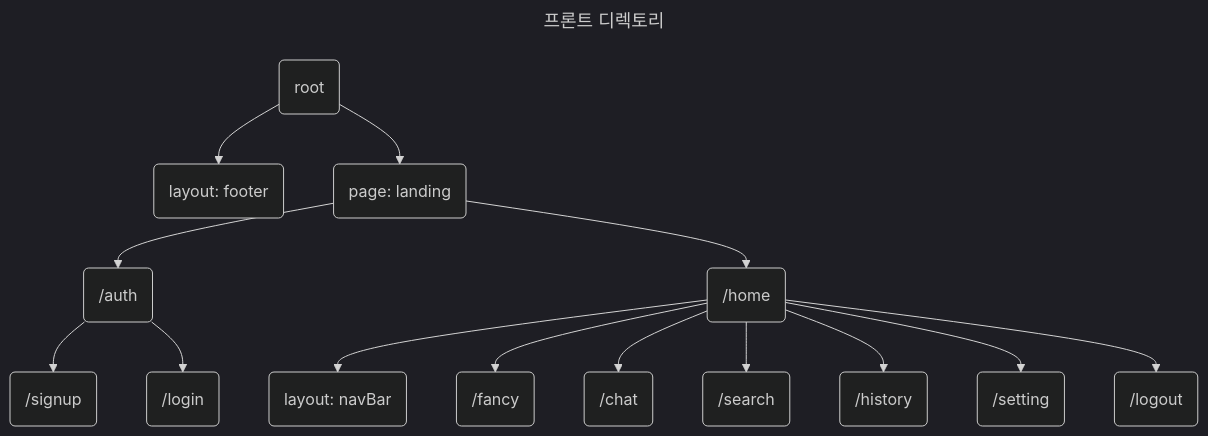
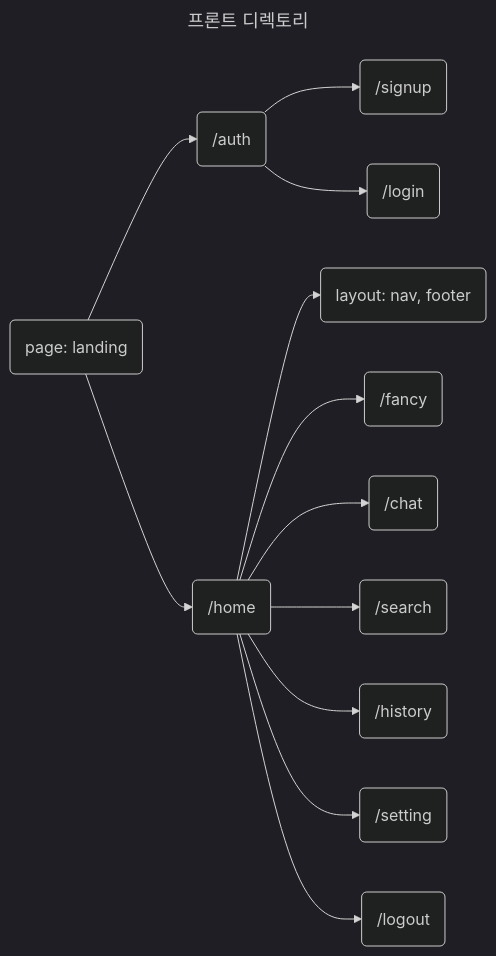
One commit to 42Seoul-Tea42/matcha-docs changed the diagram in README.md. Above: the diagram before and after it, drawn with Mermaid (dark theme).

Commit message:
docs: 디렉터리 구조 변경사항 추가

````diff
--- a/README.md
+++ b/README.md
@@ -1,23 +1,22 @@
 ```mermaid
 ---
 title: 프론트 디렉토리
 ---
 
-graph TD
+graph LR
 
-root(root) --> lay(layout: footer)
-root --> view(page: landing)
+root(page: landing)
 
-view --> auth --> sign(/signup)
+root --> auth --> sign(/signup)
 auth(/auth) --> login(/login)
 
-view --> home(/home)
+root --> home(/home)
 
-home --> nav(layout: navBar)
+home --> nav(layout: nav, footer)
 home --> fancy(/fancy)
 home --> chat(/chat)
 home --> search(/search)
 home --> history(/history)
 home --> setting(/setting)
 home --> loigout(/logout)
 ```
````
